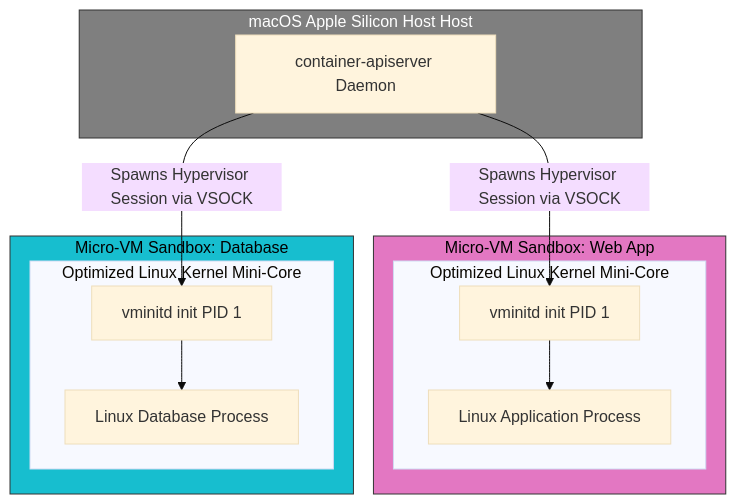
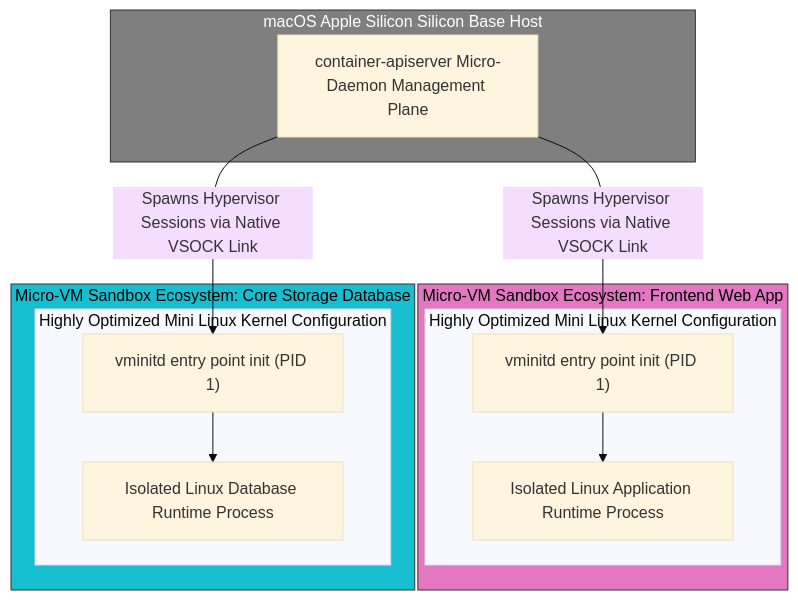
Before and after one commit to FriendlyUser/astro-tech-blog: the fourth of 4 diagrams in src/pages/posts/tech/2026/docker_comparsions.md, drawn with Mermaid (base theme). The commit also changed other lines of this file, not shown here.

````diff
--- a/src/pages/posts/tech/2026/docker_comparsions.md
+++ b/src/pages/posts/tech/2026/docker_comparsions.md
@@ -271,25 +276,25 @@
 ```mermaid
 graph TD
-    subgraph Mac[macOS Apple Silicon Host Host]
-        APIServer[container-apiserver Daemon]
+    subgraph Mac[" macOS Apple Silicon Silicon Base Host "]
+        APIServer["container-apiserver Micro-Daemon Management Plane"]
     end
 
-    subgraph MicroVMA[Micro-VM Sandbox: Web App]
-        subgraph GuestLinuxA[Optimized Linux Kernel Mini-Core]
-            InitA[vminitd init PID 1] --> ProcA[Linux Application Process]
+    subgraph MicroVMA[" Micro-VM Sandbox Ecosystem: Frontend Web App "]
+        subgraph GuestLinuxA[" Highly Optimized Mini Linux Kernel Configuration "]
+            InitA["vminitd entry point init (PID 1)"] --> ProcA["Isolated Linux Application Runtime Process"]
         end
     end
 
-    subgraph MicroVMB[Micro-VM Sandbox: Database]
-        subgraph GuestLinuxB[Optimized Linux Kernel Mini-Core]
-            InitB[vminitd init PID 1] --> ProcB[Linux Database Process]
+    subgraph MicroVMB[" Micro-VM Sandbox Ecosystem: Core Storage Database "]
+        subgraph GuestLinuxB[" Highly Optimized Mini Linux Kernel Configuration "]
+            InitB["vminitd entry point init (PID 1)"] --> ProcB["Isolated Linux Database Runtime Process"]
         end
     end
 
-    APIServer -->|Spawns Hypervisor Session via VSOCK| InitA
-    APIServer -->|Spawns Hypervisor Session via VSOCK| InitB
+    APIServer -->|Spawns Hypervisor Sessions via Native VSOCK Link| InitA
+    APIServer -->|Spawns Hypervisor Sessions via Native VSOCK Link| InitB
 
     style Mac fill:#7f7f7f,color:#fff,stroke:#333
     style MicroVMA fill:#e377c2,color:#000,stroke:#333
     style MicroVMB fill:#17becf,color:#000,stroke:#333
 ```
````
